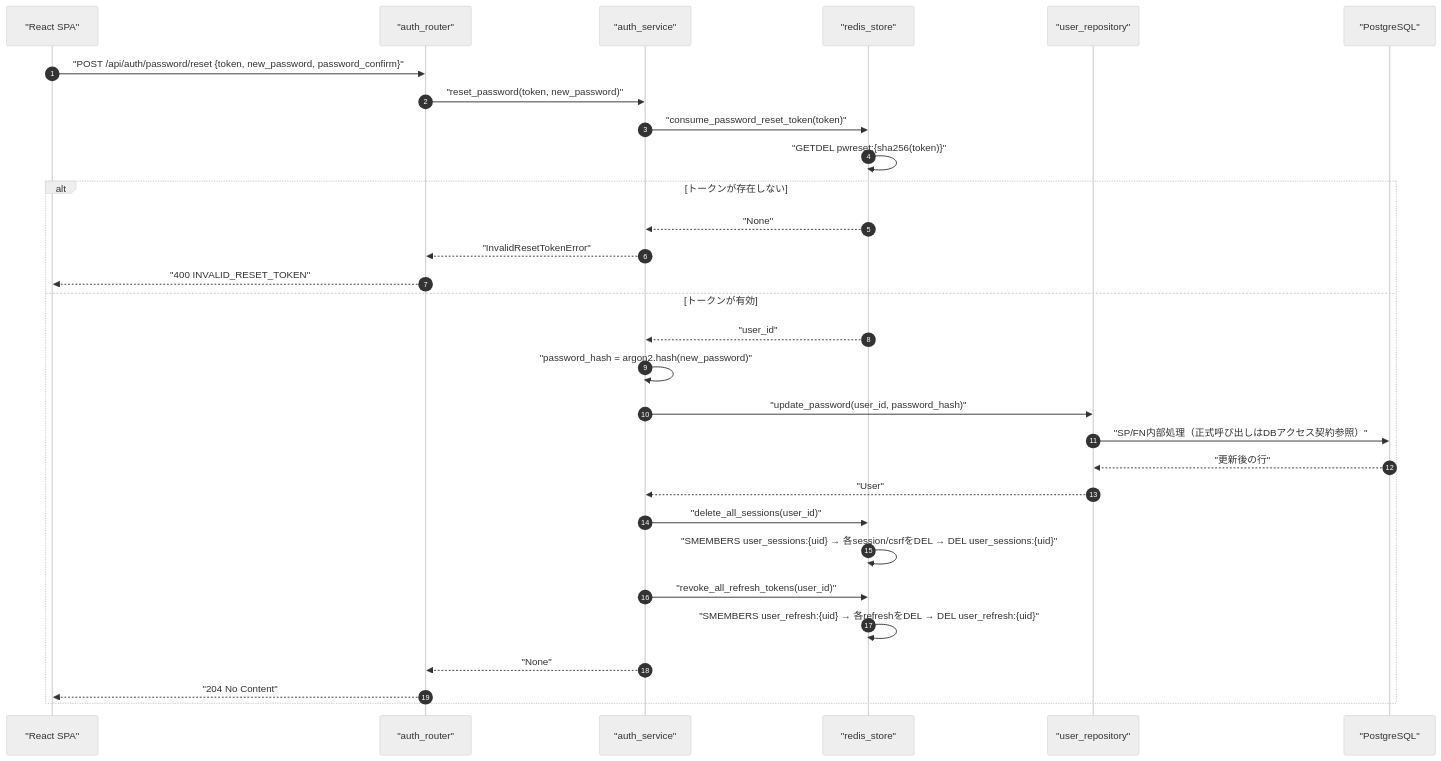
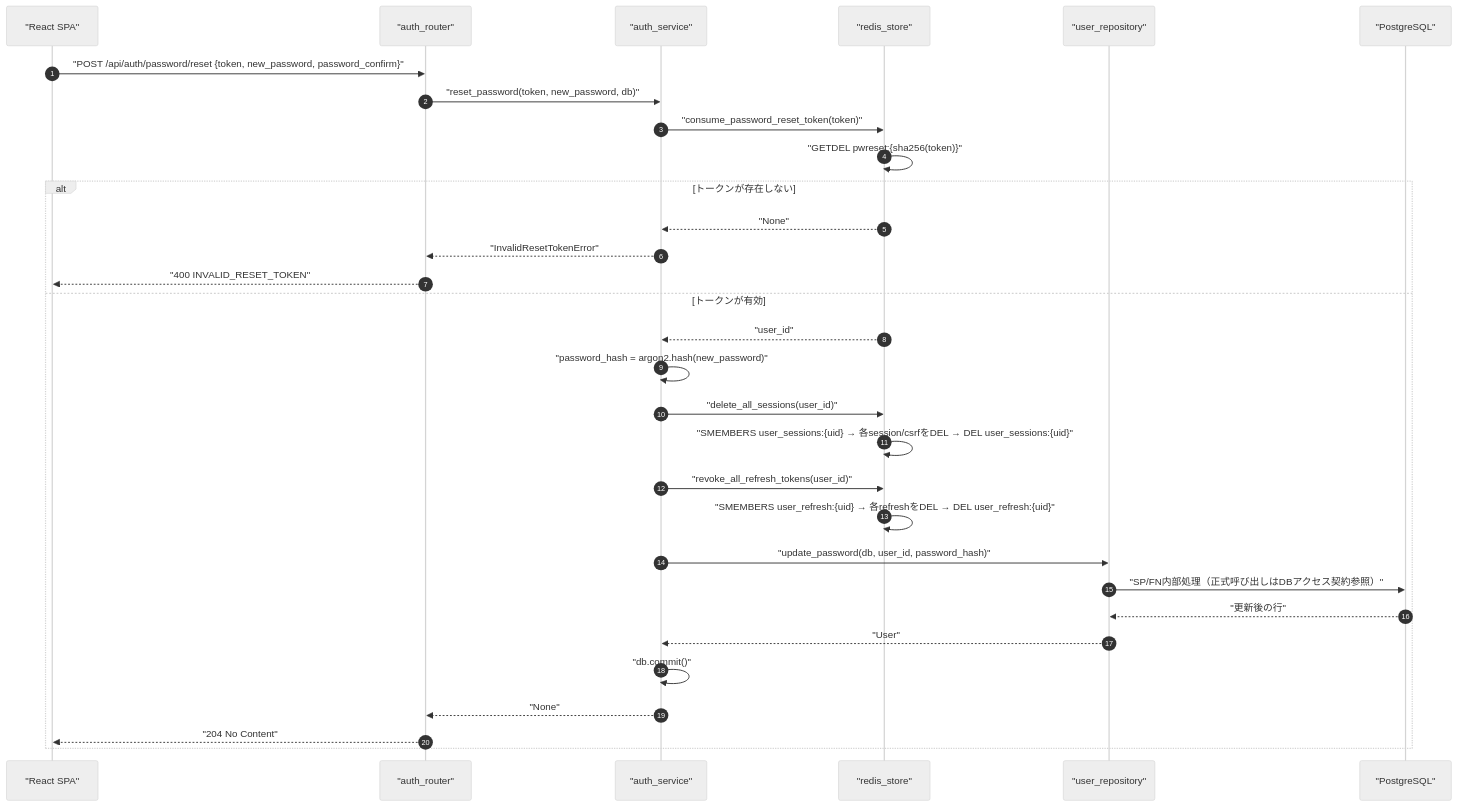
Before and after one commit to oikawa-d/task_management: the first of 4 diagrams in docs/detailed_design/api/auth/10_post_auth_password_reset.md, drawn with Mermaid (neutral theme). The commit also changed other lines of this file and 11 other files, not shown here.

````diff
--- a/docs/detailed_design/api/auth/10_post_auth_password_reset.md
+++ b/docs/detailed_design/api/auth/10_post_auth_password_reset.md
@@ -88,33 +88,34 @@
 ```mermaid
 sequenceDiagram
     autonumber
     participant FE as "React SPA"
     participant R as "auth_router"
     participant S as "auth_service"
     participant RD as "redis_store"
     participant UR as "user_repository"
     participant PG as "PostgreSQL"
 
     FE->>R: "POST /api/auth/password/reset {token, new_password, password_confirm}"
-    R->>S: "reset_password(token, new_password)"
+    R->>S: "reset_password(token, new_password, db)"
     S->>RD: "consume_password_reset_token(token)"
     RD->>RD: "GETDEL pwreset:{sha256(token)}"
     alt トークンが存在しない
         RD-->>S: "None"
         S-->>R: "InvalidResetTokenError"
         R-->>FE: "400 INVALID_RESET_TOKEN"
     else トークンが有効
         RD-->>S: "user_id"
         S->>S: "password_hash = argon2.hash(new_password)"
-        S->>UR: "update_password(user_id, password_hash)"
-        UR->>PG: "SP/FN内部処理（正式呼び出しはDBアクセス契約参照）"
-        PG-->>UR: "更新後の行"
-        UR-->>S: "User"
         S->>RD: "delete_all_sessions(user_id)"
         RD->>RD: "SMEMBERS user_sessions:{uid} → 各session/csrfをDEL → DEL user_sessions:{uid}"
         S->>RD: "revoke_all_refresh_tokens(user_id)"
         RD->>RD: "SMEMBERS user_refresh:{uid} → 各refreshをDEL → DEL user_refresh:{uid}"
+        S->>UR: "update_password(db, user_id, password_hash)"
+        UR->>PG: "SP/FN内部処理（正式呼び出しはDBアクセス契約参照）"
+        PG-->>UR: "更新後の行"
+        UR-->>S: "User"
+        S->>S: "db.commit()"
         S-->>R: "None"
         R-->>FE: "204 No Content"
     end
 ```
````
